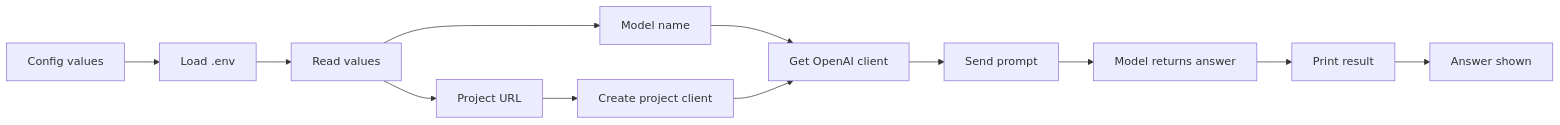
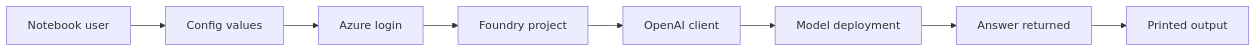
Before and after one commit to Sanskar220901/MicrosoftFoundry: the diagram in docs/foundry-openai-mental-model.md, drawn with Mermaid. The commit also changed other lines of this file, not shown here.

Commit message:
Adopt Archify-style diagram guidance for docs

````diff
--- a/docs/foundry-openai-mental-model.md
+++ b/docs/foundry-openai-mental-model.md
@@ -29,16 +31,10 @@
 ```mermaid
 flowchart LR
-    A["Config values"] --> B["Load .env"]
-    B --> C["Read values"]
-    C --> D["Project URL"]
-    C --> E["Model name"]
-
-    D --> F["Create project client"]
-    E --> G["Get OpenAI client"]
-    F --> G
-
-    G --> H["Send prompt"]
-    H --> I["Model returns answer"]
-    I --> J["Print result"]
-    J --> K["Answer shown"]
+    A["Notebook user"] --> B["Config values"]
+    B --> C["Azure login"]
+    C --> D["Foundry project"]
+    D --> E["OpenAI client"]
+    E --> F["Model deployment"]
+    F --> G["Answer returned"]
+    G --> H["Printed output"]
 ```
````
